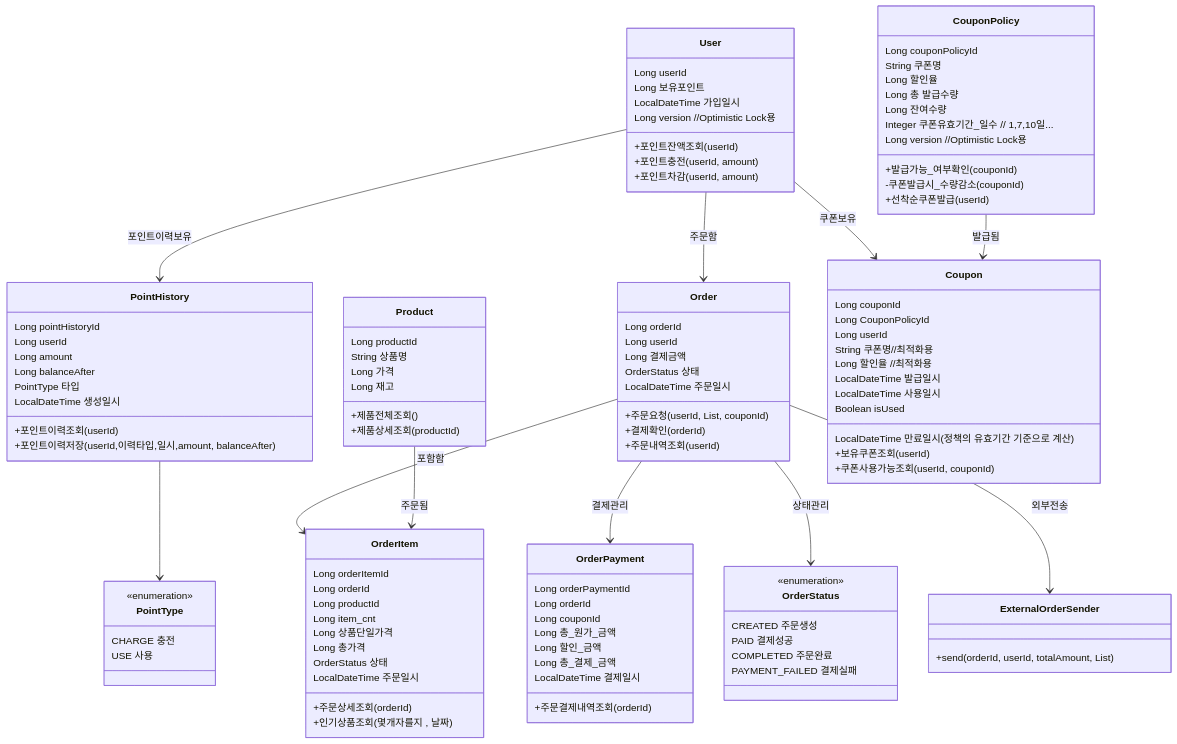
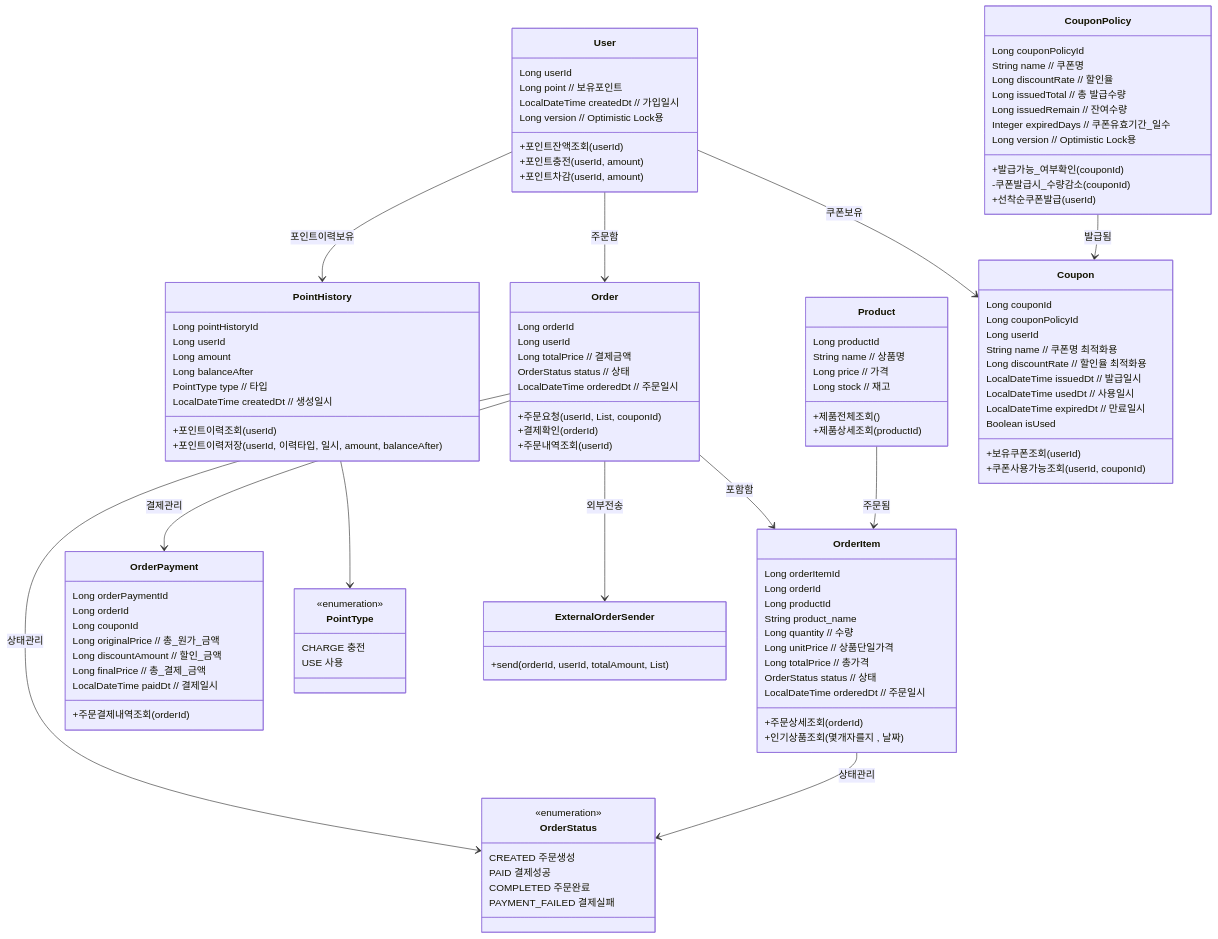
Before and after one commit to seoungmin123/e-commerce-server: the diagram in docs/architecture/4.domain-class-diagram.mmd, drawn with Mermaid. The commit also changed 3 other files, not shown here.

```diff
--- a/docs/architecture/4.domain-class-diagram.mmd
+++ b/docs/architecture/4.domain-class-diagram.mmd
@@ -1,127 +1,126 @@
 classDiagram
     direction TB
 
     class User {
         Long userId
-        Long 보유포인트
-        LocalDateTime 가입일시
-        Long version //Optimistic Lock용
+        Long point // 보유포인트
+        LocalDateTime createdDt // 가입일시
+        Long version // Optimistic Lock용
         +포인트잔액조회(userId)
         +포인트충전(userId, amount)
         +포인트차감(userId, amount)
     }
 
     class PointHistory {
         Long pointHistoryId
         Long userId
         Long amount
         Long balanceAfter
-        PointType 타입
-        LocalDateTime 생성일시
+        PointType type // 타입
+        LocalDateTime createdDt // 생성일시
         +포인트이력조회(userId)
-        +포인트이력저장(userId,이력타입,일시,amount, balanceAfter)
+        +포인트이력저장(userId, 이력타입, 일시, amount, balanceAfter)
     }
 
     class Order {
         Long orderId
         Long userId
-        Long 결제금액
-        OrderStatus 상태
-        LocalDateTime 주문일시
+        Long totalPrice // 결제금액
+        OrderStatus status // 상태
+        LocalDateTime orderedDt // 주문일시
         +주문요청(userId, List<OrderItemRequest>, couponId)
         +결제확인(orderId)
         +주문내역조회(userId)
     }
 
     class OrderItem {
         Long orderItemId
         Long orderId
         Long productId
-        Long item_cnt
-        Long 상품단일가격
-        Long 총가격
-        OrderStatus 상태
-        LocalDateTime 주문일시
+        String product_name
+        Long quantity // 수량
+        Long unitPrice // 상품단일가격
+        Long totalPrice // 총가격
+        OrderStatus status // 상태
+        LocalDateTime orderedDt // 주문일시
         +주문상세조회(orderId)
         +인기상품조회(몇개자를지 , 날짜)
     }
 
     class OrderPayment {
         Long orderPaymentId
         Long orderId
         Long couponId
-        Long 총_원가_금액
-        Long 할인_금액
-        Long 총_결제_금액
-        LocalDateTime 결제일시
+        Long originalPrice // 총_원가_금액
+        Long discountAmount // 할인_금액
+        Long finalPrice // 총_결제_금액
+        LocalDateTime paidDt // 결제일시
         +주문결제내역조회(orderId)
     }
 
     class Product {
         Long productId
-        String 상품명
-        Long 가격
-        Long 재고
+        String name // 상품명
+        Long price // 가격
+        Long stock // 재고
         +제품전체조회()
         +제품상세조회(productId)
     }
 
     class CouponPolicy {
         Long couponPolicyId
-        String 쿠폰명
-        Long 할인율
-        Long 총 발급수량
-        Long 잔여수량
-        Integer 쿠폰유효기간_일수 // 1,7,10일...
-        Long version //Optimistic Lock용
+        String name // 쿠폰명
+        Long discountRate // 할인율
+        Long issuedTotal // 총 발급수량
+        Long issuedRemain // 잔여수량
+        Integer expiredDays // 쿠폰유효기간_일수
+        Long version // Optimistic Lock용
         +발급가능_여부확인(couponId)
         -쿠폰발급시_수량감소(couponId)
         +선착순쿠폰발급(userId)
-         %% 동일 정책에 대해 중복 발급 방지 (userId + couponPolicyId UNIQUE)
     }
 
     class Coupon {
         Long couponId
-        Long CouponPolicyId
+        Long couponPolicyId
         Long userId
-        String 쿠폰명//최적화용
-        Long 할인율 //최적화용
-        LocalDateTime 발급일시
-        LocalDateTime 사용일시
-        LocalDateTime 만료일시(정책의 유효기간 기준으로 계산)
+        String name // 쿠폰명 최적화용
+        Long discountRate // 할인율 최적화용
+        LocalDateTime issuedDt // 발급일시
+        LocalDateTime usedDt // 사용일시
+        LocalDateTime expiredDt // 만료일시
         Boolean isUsed
         +보유쿠폰조회(userId)
         +쿠폰사용가능조회(userId, couponId)
     }
 
     class PointType {
         <<enumeration>>
         CHARGE 충전
         USE 사용
     }
 
     class OrderStatus {
         <<enumeration>>
         CREATED 주문생성
         PAID 결제성공
         COMPLETED 주문완료
         PAYMENT_FAILED 결제실패
     }
 
     class ExternalOrderSender {
         +send(orderId, userId, totalAmount, List<OrderItem>)
     }
 
-
 %% 관계
     User           --> PointHistory : 포인트이력보유
     User           --> Order        : 주문함
     Order          --> OrderItem    : 포함함
     Product        --> OrderItem    : 주문됨
     Order          --> OrderPayment : 결제관리
     User           --> Coupon       : 쿠폰보유
     CouponPolicy   --> Coupon       : 발급됨
     PointHistory   --> PointType
     Order          --> OrderStatus : 상태관리
     Order          --> ExternalOrderSender : 외부전송
-%%OrderItem      --> OrderStatus : 상태관리
+OrderItem      --> OrderStatus : 상태관리
```
